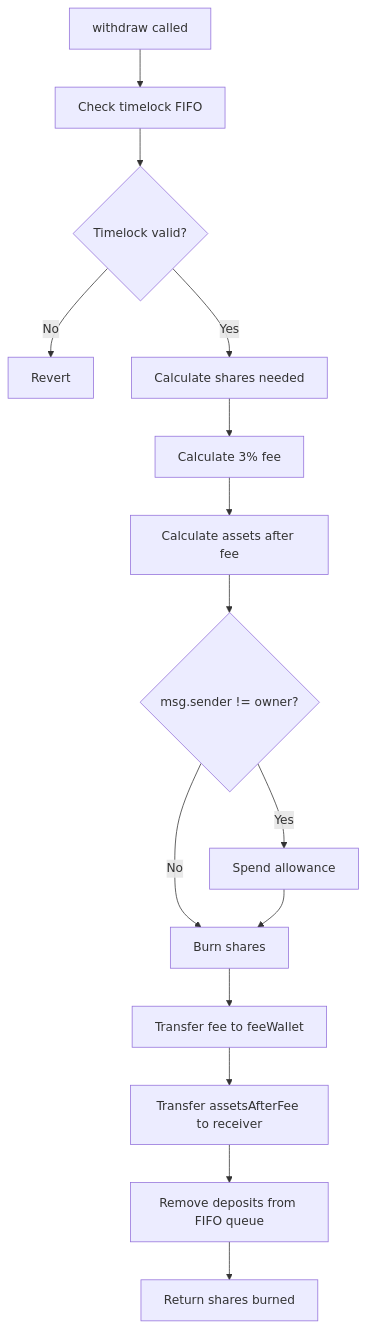
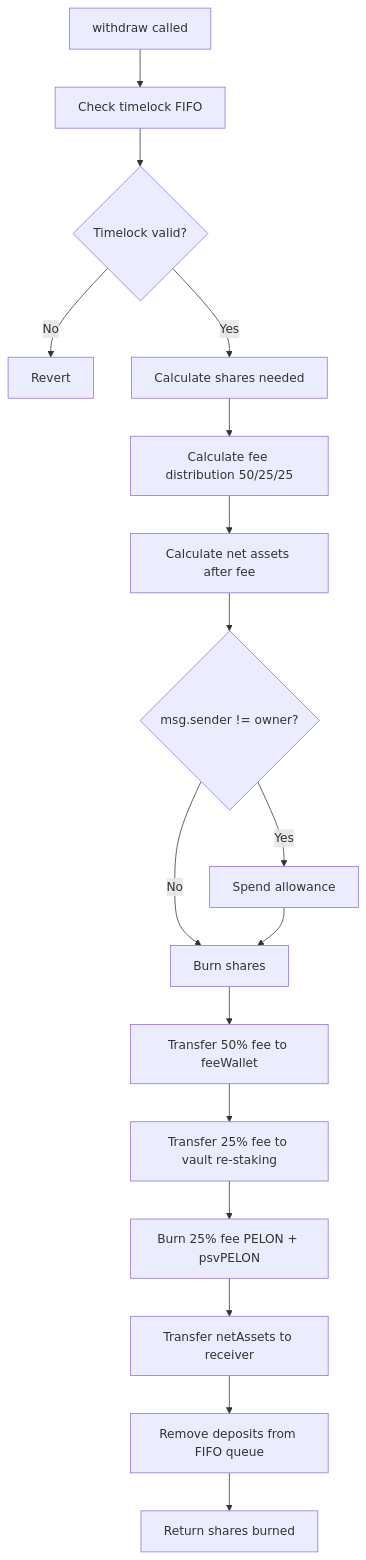
One commit to PelonClub/PelonClub-BaseNetwork-Monorepo changed the sixth of 7 diagrams in docs/en/pelon-staking-vault.md. Above: the diagram before and after it, drawn with Mermaid. The commit also changed other lines of this file and 11 other files, not shown here.

````diff
--- a/docs/en/pelon-staking-vault.md
+++ b/docs/en/pelon-staking-vault.md
@@ -441,17 +603,19 @@
 ```mermaid
 flowchart TD
     A[withdraw called] --> B[Check timelock FIFO]
     B --> C{Timelock valid?}
     C -->|No| D[Revert]
     C -->|Yes| E[Calculate shares needed]
-    E --> F[Calculate 3% fee]
-    F --> G[Calculate assets after fee]
+    E --> F[Calculate fee distribution 50/25/25]
+    F --> G[Calculate net assets after fee]
     G --> H{msg.sender != owner?}
     H -->|Yes| I[Spend allowance]
     H -->|No| J[Burn shares]
     I --> J
-    J --> K[Transfer fee to feeWallet]
-    K --> L[Transfer assetsAfterFee to receiver]
-    L --> M[Remove deposits from FIFO queue]
-    M --> N[Return shares burned]
+    J --> K[Transfer 50% fee to feeWallet]
+    K --> L[Transfer 25% fee to vault re-staking]
+    L --> M[Burn 25% fee PELON + psvPELON]
+    M --> N[Transfer netAssets to receiver]
+    N --> O[Remove deposits from FIFO queue]
+    O --> P[Return shares burned]
 ```
````
